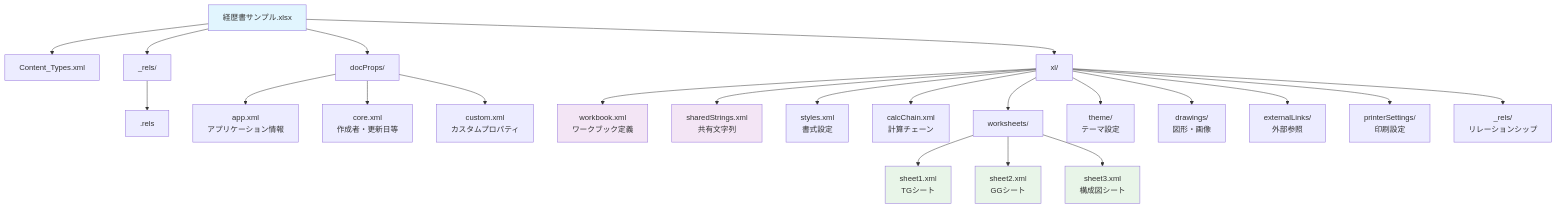
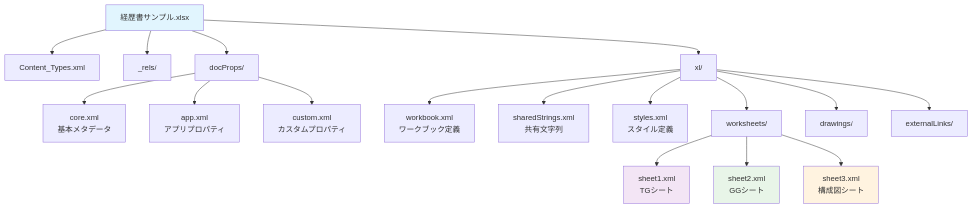
Before and after one commit to MasatakaNakamura/xlsx-data-analyzer: the first of 2 diagrams in docs/excel_structure_analysis.md, drawn with Mermaid. The commit also changed other lines of this file and 32 other files, not shown here.

Commit message:
Remove excel_parser.py and add new worksheet sheet3.xml

````diff
--- a/docs/excel_structure_analysis.md
+++ b/docs/excel_structure_analysis.md
@@ -31,35 +38,27 @@
 ```mermaid
 graph TD
     A[経歴書サンプル.xlsx] --> B[Content_Types.xml]
     A --> C[_rels/]
     A --> D[docProps/]
     A --> E[xl/]
 
-    C --> C1[.rels]
-
-    D --> D1[app.xml<br/>アプリケーション情報]
-    D --> D2[core.xml<br/>作成者・更新日等]
+    D --> D1[core.xml<br/>基本メタデータ]
+    D --> D2[app.xml<br/>アプリプロパティ]
     D --> D3[custom.xml<br/>カスタムプロパティ]
 
     E --> E1[workbook.xml<br/>ワークブック定義]
     E --> E2[sharedStrings.xml<br/>共有文字列]
-    E --> E3[styles.xml<br/>書式設定]
-    E --> E4[calcChain.xml<br/>計算チェーン]
-    E --> E5[worksheets/]
-    E --> E6[theme/<br/>テーマ設定]
-    E --> E7[drawings/<br/>図形・画像]
-    E --> E8[externalLinks/<br/>外部参照]
-    E --> E9[printerSettings/<br/>印刷設定]
-    E --> E10[_rels/<br/>リレーションシップ]
+    E --> E3[styles.xml<br/>スタイル定義]
+    E --> E4[worksheets/]
+    E --> E5[drawings/]
+    E --> E6[externalLinks/]
 
-    E5 --> E5A[sheet1.xml<br/>TGシート]
-    E5 --> E5B[sheet2.xml<br/>GGシート]
-    E5 --> E5C[sheet3.xml<br/>構成図シート]
+    E4 --> E4A[sheet1.xml<br/>TGシート]
+    E4 --> E4B[sheet2.xml<br/>GGシート]
+    E4 --> E4C[sheet3.xml<br/>構成図シート]
 
     style A fill:#e1f5fe
-    style E1 fill:#f3e5f5
-    style E2 fill:#f3e5f5
-    style E5A fill:#e8f5e8
-    style E5B fill:#e8f5e8
-    style E5C fill:#e8f5e8
+    style E4A fill:#f3e5f5
+    style E4B fill:#e8f5e8
+    style E4C fill:#fff3e0
 ```
````
